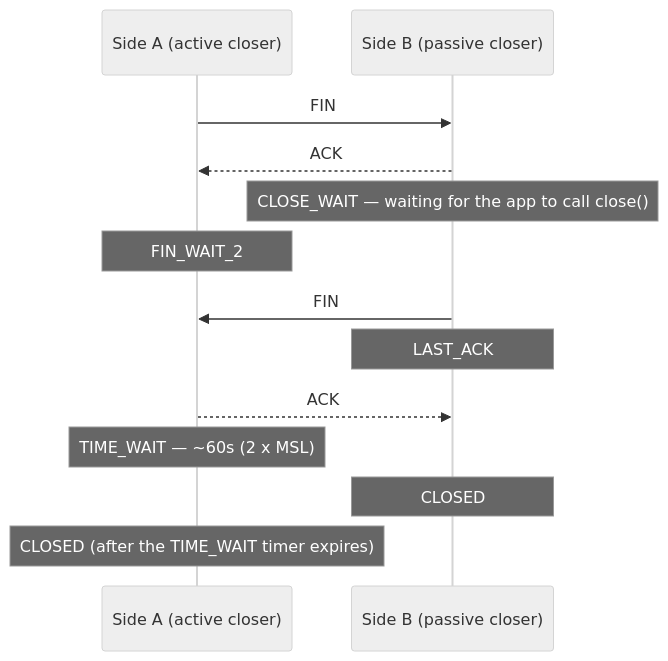
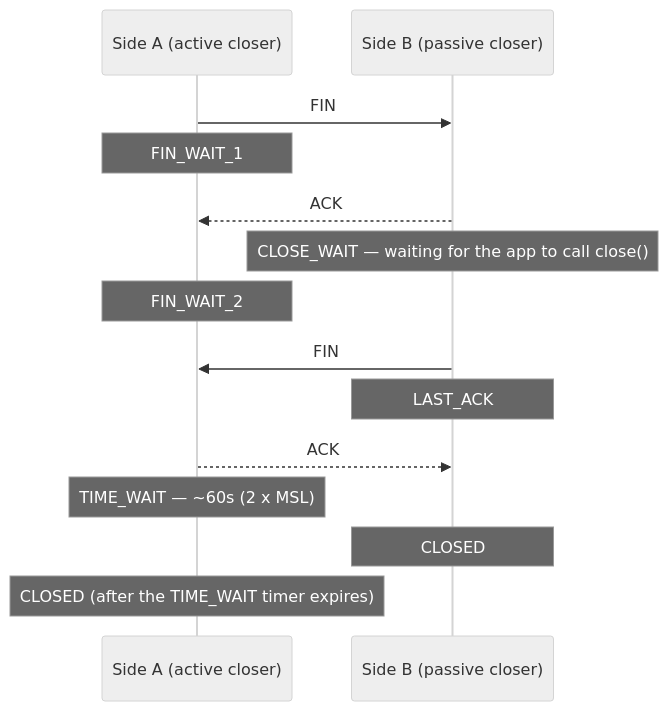
One commit to zenki209/myblog changed the second of 2 diagrams in _posts/2026-09-01-how-tcp-ack-work.md. Above: the diagram before and after it, drawn with Mermaid (neutral theme). The commit also changed other lines of this file and 1 other file, not shown here.

Commit message:
refactor: Add mermaid + format blog

````diff
--- a/_posts/2026-09-01-how-tcp-ack-work.md
+++ b/_posts/2026-09-01-how-tcp-ack-work.md
@@ -48,15 +49,16 @@
 ```mermaid
 sequenceDiagram
     participant A as Side A (active closer)
     participant B as Side B (passive closer)
     A->>B: FIN
+    Note over A: FIN_WAIT_1
     B-->>A: ACK
     Note over B: CLOSE_WAIT — waiting for the app to call close()
     Note over A: FIN_WAIT_2
     B->>A: FIN
     Note over B: LAST_ACK
     A-->>B: ACK
     Note over A: TIME_WAIT — ~60s (2 x MSL)
     Note over B: CLOSED
     Note over A: CLOSED (after the TIME_WAIT timer expires)
 ```
````
